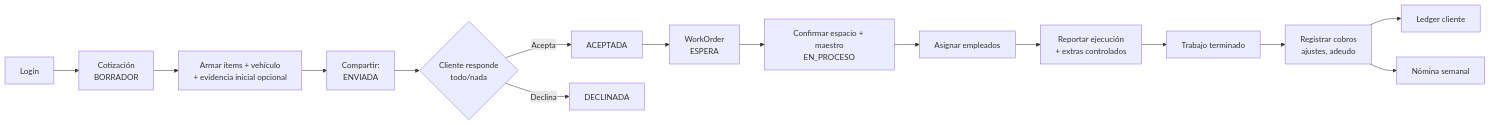
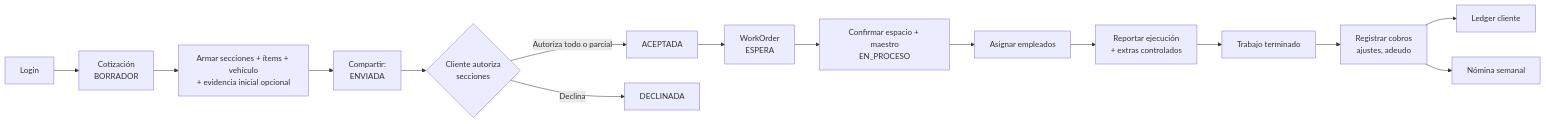
One commit to pabcrz/sebasam-app changed the diagram in README.md. Above: the diagram before and after it, drawn with Mermaid. The commit also changed other lines of this file and 3 other files, not shown here.

Commit message:
docs(mvp): document payment and partial quote flow

````diff
--- a/README.md
+++ b/README.md
@@ -22,17 +22,17 @@
 ```mermaid
 flowchart LR
     A[Login] --> B[Cotización<br>BORRADOR]
-    B --> C[Armar ítems + vehículo<br>+ evidencia inicial opcional]
+    B --> C[Armar secciones + ítems + vehículo<br>+ evidencia inicial opcional]
     C --> D[Compartir:<br>ENVIADA]
-    D --> E{Cliente responde<br>todo/nada}
-    E -->|Acepta| F[ACEPTADA]
+    D --> E{Cliente autoriza<br>secciones}
+    E -->|Autoriza todo o parcial| F[ACEPTADA]
     E -->|Declina| G[DECLINADA]
     F --> H[WorkOrder<br>ESPERA]
     H --> I[Confirmar espacio + maestro<br>EN_PROCESO]
     I --> J[Asignar empleados]
     J --> K[Reportar ejecución<br>+ extras controlados]
     K --> L[Trabajo terminado]
     L --> M[Registrar cobros<br>ajustes, adeudo]
     M --> N[Ledger cliente]
     M --> O[Nómina semanal]
 ```
````
